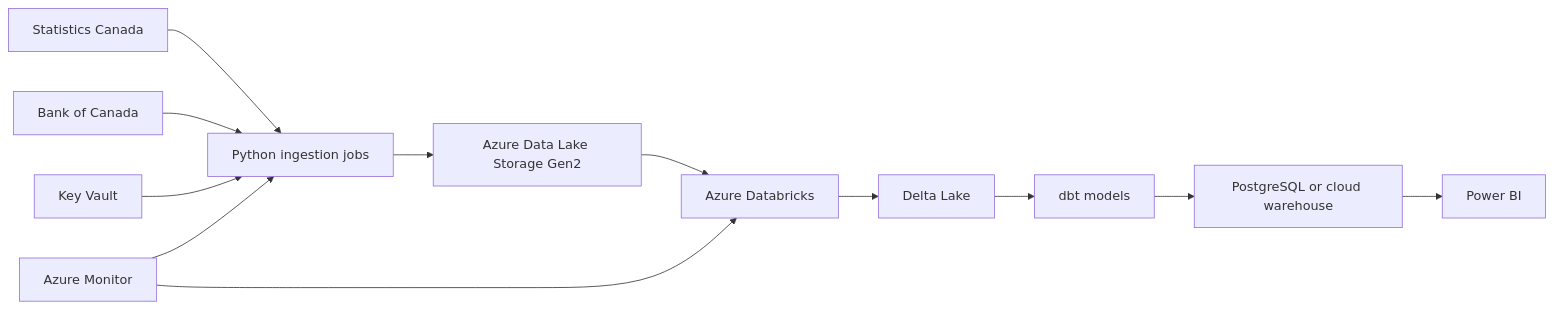
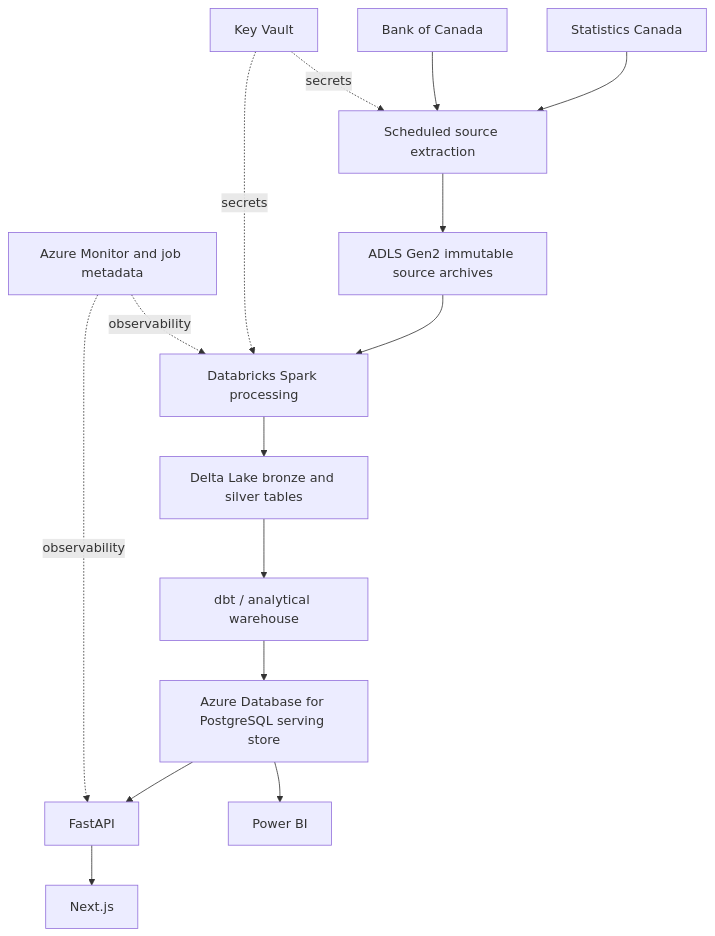
One commit to sarbzcode/CanadaPulse changed the diagram in docs/cloud-architecture.md. Above: the diagram before and after it, drawn with Mermaid. The commit also changed other lines of this file and 120 other files, not shown here.

Commit message:
Build tested dbt warehouse and public CanadaPulse platform

````diff
--- a/docs/cloud-architecture.md
+++ b/docs/cloud-architecture.md
@@ -6,14 +6,17 @@
 ```mermaid
-flowchart LR
-    statcan[Statistics Canada] --> ingest[Python ingestion jobs]
-    boc[Bank of Canada] --> ingest
-    ingest --> adls[Azure Data Lake Storage Gen2]
-    adls --> dbx[Azure Databricks]
-    dbx --> delta[Delta Lake]
-    delta --> dbt[dbt models]
-    dbt --> warehouse[PostgreSQL or cloud warehouse]
-    warehouse --> pbi[Power BI]
-    kv[Key Vault] --> ingest
-    monitor[Azure Monitor] --> ingest
-    monitor --> dbx
+flowchart TD
+    S[Statistics Canada] --> I[Scheduled source extraction]
+    B[Bank of Canada] --> I
+    I --> L[ADLS Gen2 immutable source archives]
+    L --> D[Databricks Spark processing]
+    D --> T[Delta Lake bronze and silver tables]
+    T --> W[dbt / analytical warehouse]
+    W --> PG[Azure Database for PostgreSQL serving store]
+    PG --> API[FastAPI]
+    PG --> BI[Power BI]
+    API --> WEB[Next.js]
+    K[Key Vault] -. secrets .-> I
+    K -. secrets .-> D
+    M[Azure Monitor and job metadata] -. observability .-> D
+    M -. observability .-> API
 ```
````
